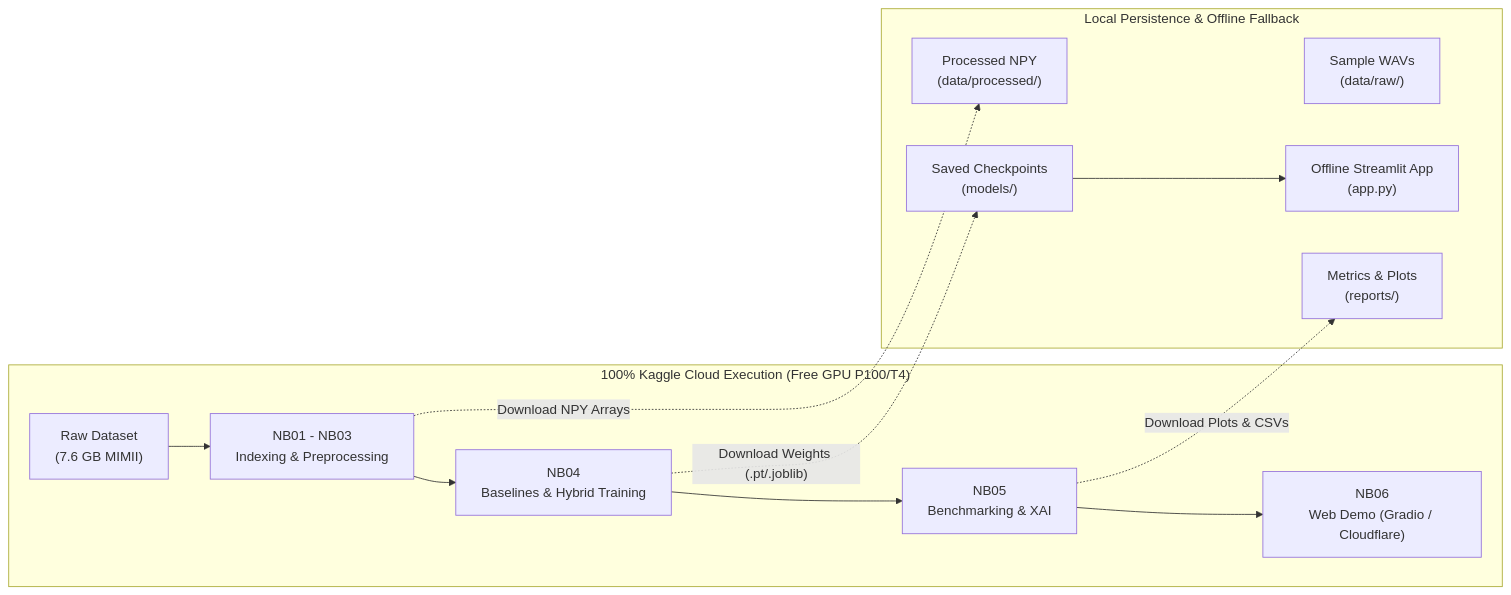
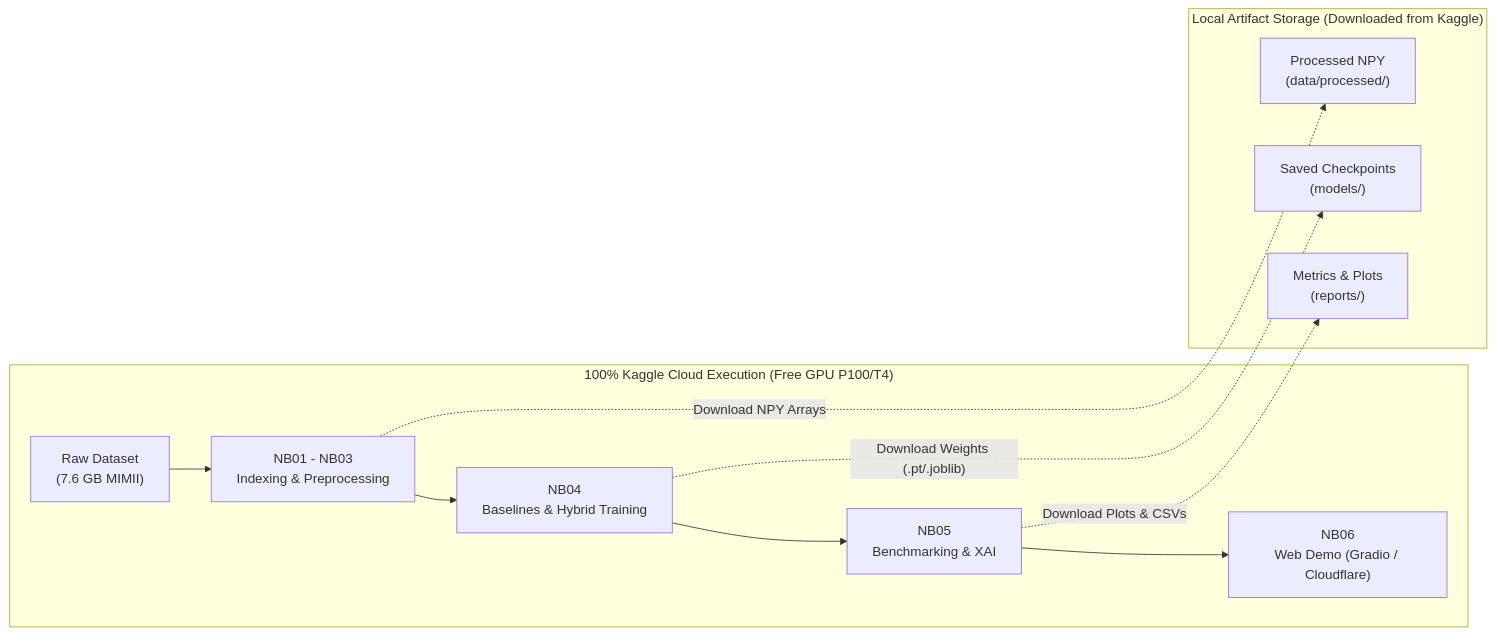
Before and after one commit to itzdebaleena/Acoustic_pdm: the second of 2 diagrams in docs/Project.md, drawn with Mermaid. The commit also changed other lines of this file and 10 other files, not shown here.

````diff
--- a/docs/Project.md
+++ b/docs/Project.md
@@ -54,22 +54,19 @@
 ```mermaid
 flowchart LR
     subgraph KaggleCloud["100% Kaggle Cloud Execution (Free GPU P100/T4)"]
         K1["Raw Dataset\n(7.6 GB MIMII)"] --> K2["NB01 - NB03\nIndexing & Preprocessing"]
         K2 --> K3["NB04\nBaselines & Hybrid Training"]
         K3 --> K4["NB05\nBenchmarking & XAI"]
         K4 --> K5["NB06\nWeb Demo (Gradio / Cloudflare)"]
     end
 
-    subgraph LocalPersistence["Local Persistence & Offline Fallback"]
-        L1["Sample WAVs\n(data/raw/)"]
+    subgraph LocalArtifacts["Local Artifact Storage (Downloaded from Kaggle)"]
         L2["Processed NPY\n(data/processed/)"]
         L3["Saved Checkpoints\n(models/)"]
         L4["Metrics & Plots\n(reports/)"]
-        L5["Offline Streamlit App\n(app.py)"]
     end
 
     K2 -. "Download NPY Arrays" .-> L2
     K3 -. "Download Weights (.pt/.joblib)" .-> L3
     K4 -. "Download Plots & CSVs" .-> L4
-    L3 --> L5
 ```
````
